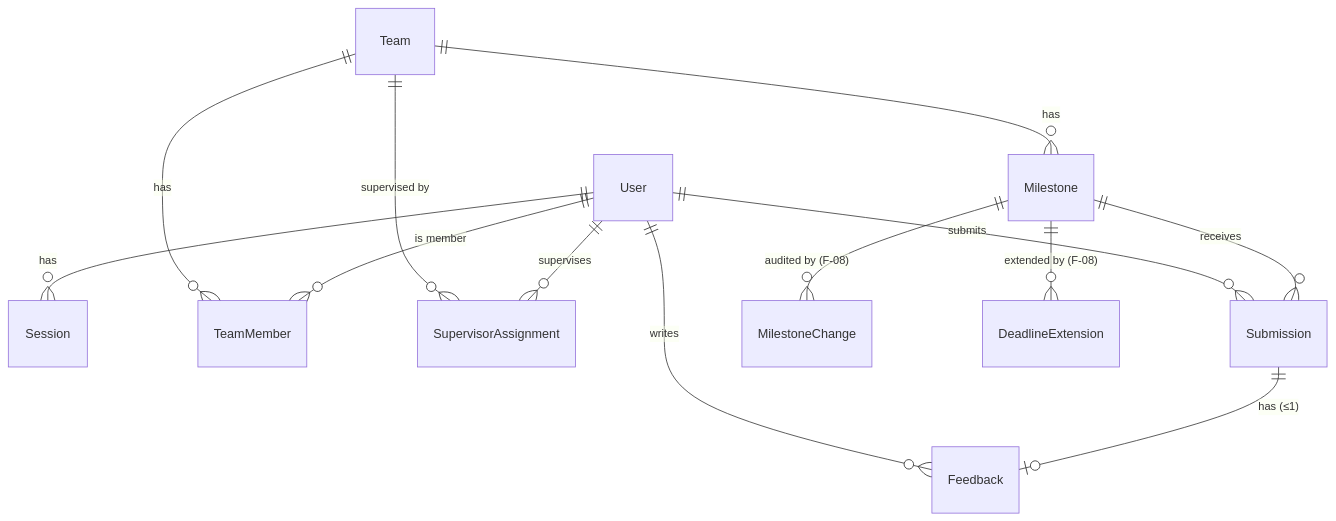
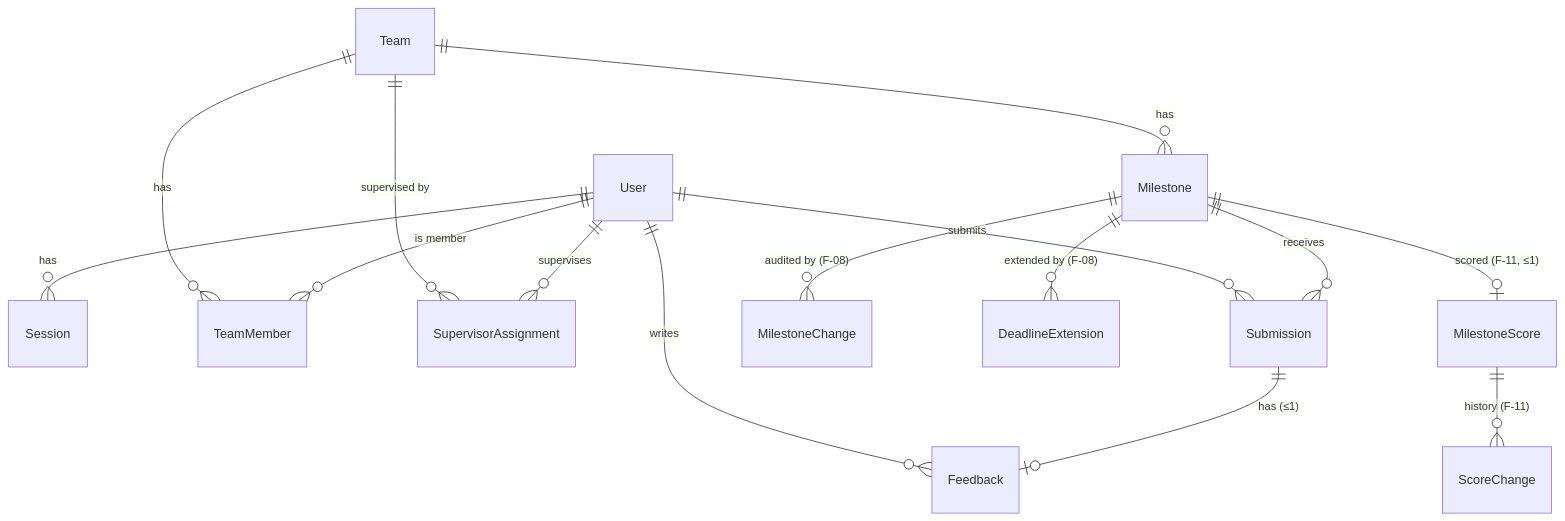
Before and after one commit to UsernameJillzaza/coursepm: the second of 2 diagrams in docs/system-sds.md, drawn with Mermaid. The commit also changed other lines of this file and 7 other files, not shown here.

````diff
--- a/docs/system-sds.md
+++ b/docs/system-sds.md
@@ -59,15 +59,17 @@
 ```mermaid
 erDiagram
   User ||--o{ Session : has
   User ||--o{ TeamMember : "is member"
   User ||--o{ SupervisorAssignment : supervises
   Team ||--o{ TeamMember : has
   Team ||--o{ SupervisorAssignment : "supervised by"
   Team ||--o{ Milestone : has
   Milestone ||--o{ Submission : receives
   User ||--o{ Submission : submits
   Submission ||--o| Feedback : "has (≤1)"
   User ||--o{ Feedback : writes
   Milestone ||--o{ MilestoneChange : "audited by (F-08)"
   Milestone ||--o{ DeadlineExtension : "extended by (F-08)"
+  Milestone ||--o| MilestoneScore : "scored (F-11, ≤1)"
+  MilestoneScore ||--o{ ScoreChange : "history (F-11)"
 ```
````
